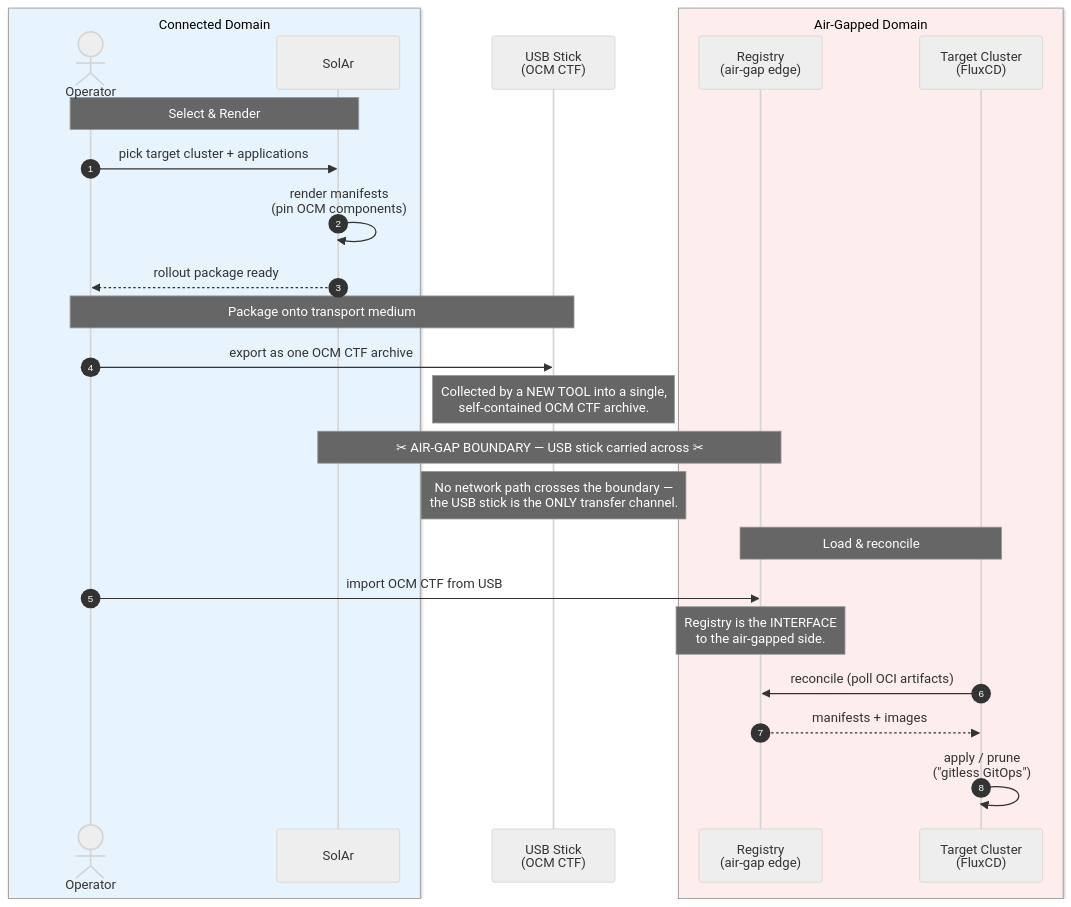
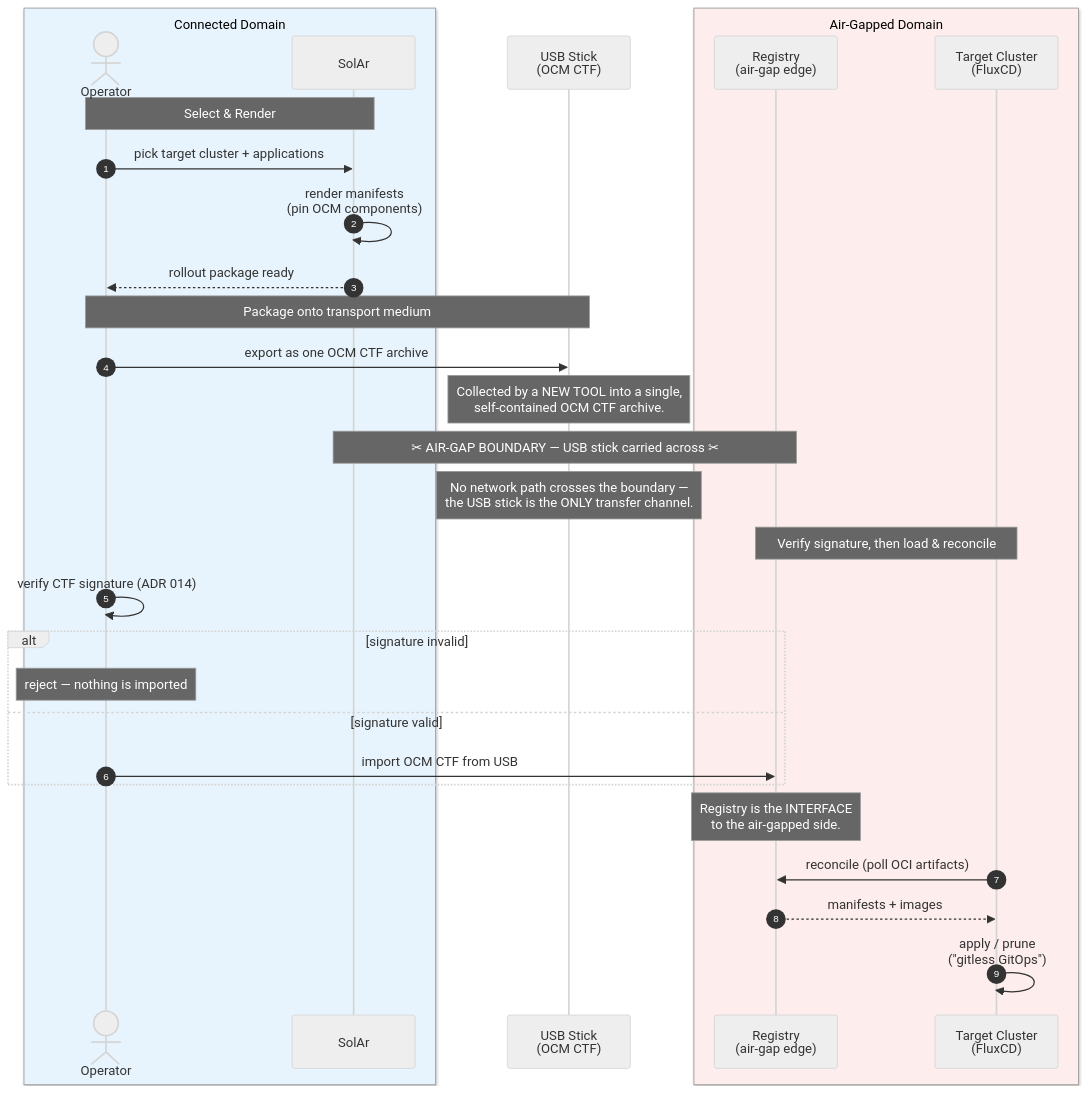
Before and after one commit to opendefensecloud/solution-arsenal: the diagram in docs/developer-guide/adrs/img/016-airgap-render-then-transport.mmd, drawn with Mermaid (neutral theme). The commit also changed 2 other files, not shown here.

Commit message:
docs(adr-016): fixed by review comments

```diff
--- a/docs/developer-guide/adrs/img/016-airgap-render-then-transport.mmd
+++ b/docs/developer-guide/adrs/img/016-airgap-render-then-transport.mmd
@@ -1,37 +1,42 @@
 %% Air-Gapped Catalog Chaining — Alternative pattern: Render, Transport, Gitless GitOps
 %% Selection + rendering happen in the CONNECTED domain. The result is packaged
 %% into an OCM Common Transport Format (CTF) archive on a USB stick, carried
 %% across the air-gap boundary, and reconciled into the AIR-GAPPED domain.
 sequenceDiagram
     autonumber
 
     box rgb(232,244,253) Connected Domain
         actor User as Operator
         participant SolAr as SolAr
     end
 
     participant USB as USB Stick<br/>(OCM CTF)
 
     box rgb(253,237,236) Air-Gapped Domain
         participant Reg as Registry<br/>(air-gap edge)
         participant Cluster as Target Cluster<br/>(FluxCD)
     end
 
     Note over User,SolAr: Select & Render
     User->>SolAr: pick target cluster + applications
     SolAr->>SolAr: render manifests<br/>(pin OCM components)
     SolAr-->>User: rollout package ready
 
     Note over User,USB: Package onto transport medium
     User->>USB: export as one OCM CTF archive
     Note over USB: Collected by a NEW TOOL into a single,<br/>self-contained OCM CTF archive.
 
     Note over SolAr,Reg: ✂ AIR-GAP BOUNDARY — USB stick carried across ✂
     Note over USB: No network path crosses the boundary —<br/>the USB stick is the ONLY transfer channel.
 
-    Note over Reg,Cluster: Load & reconcile
-    User->>Reg: import OCM CTF from USB
+    Note over Reg,Cluster: Verify signature, then load & reconcile
+    User->>User: verify CTF signature (ADR 014)
+    alt signature invalid
+        Note over User: reject — nothing is imported
+    else signature valid
+        User->>Reg: import OCM CTF from USB
+    end
     Note over Reg: Registry is the INTERFACE<br/>to the air-gapped side.
     Cluster->>Reg: reconcile (poll OCI artifacts)
     Reg-->>Cluster: manifests + images
     Cluster->>Cluster: apply / prune<br/>("gitless GitOps")
```
